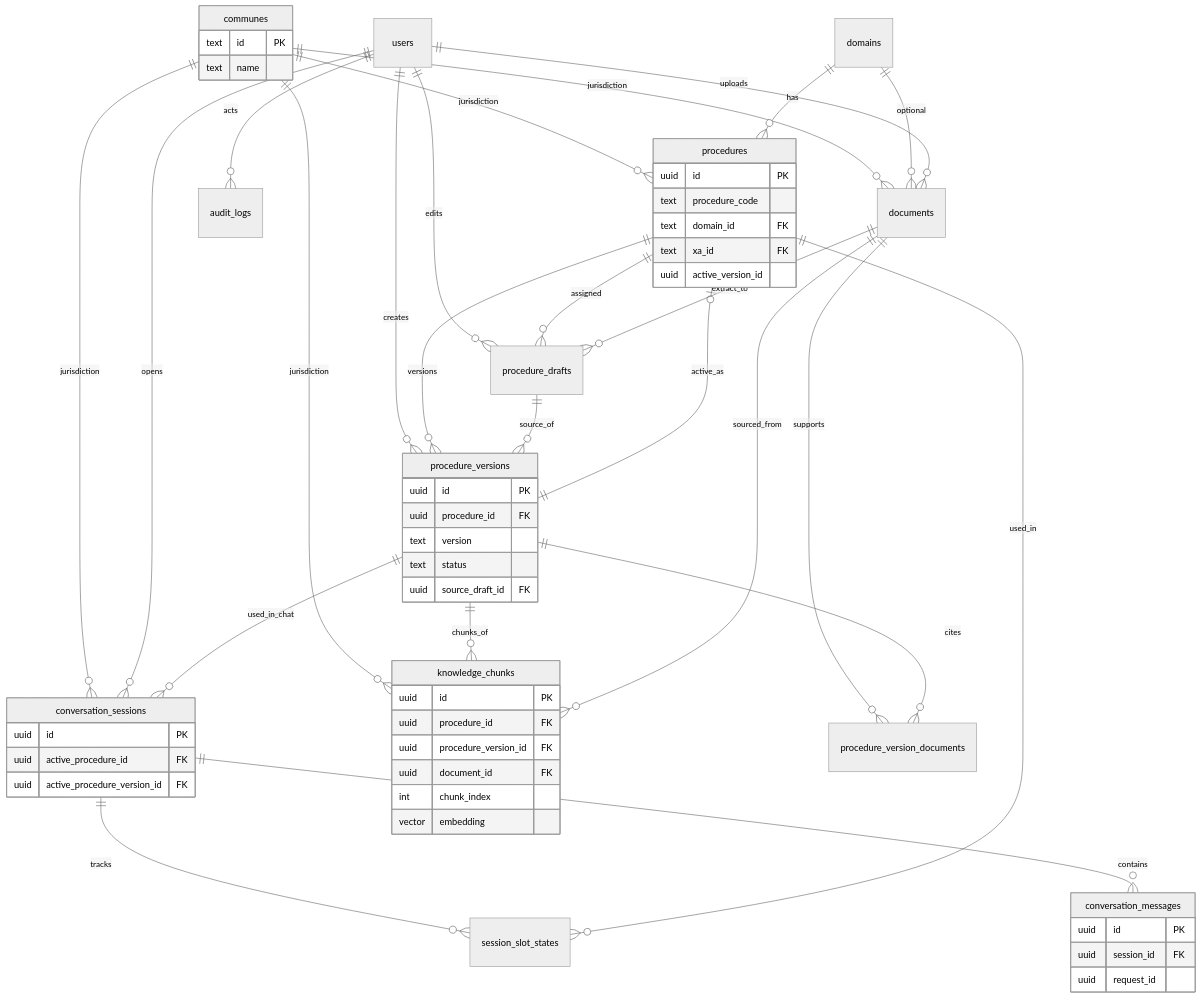
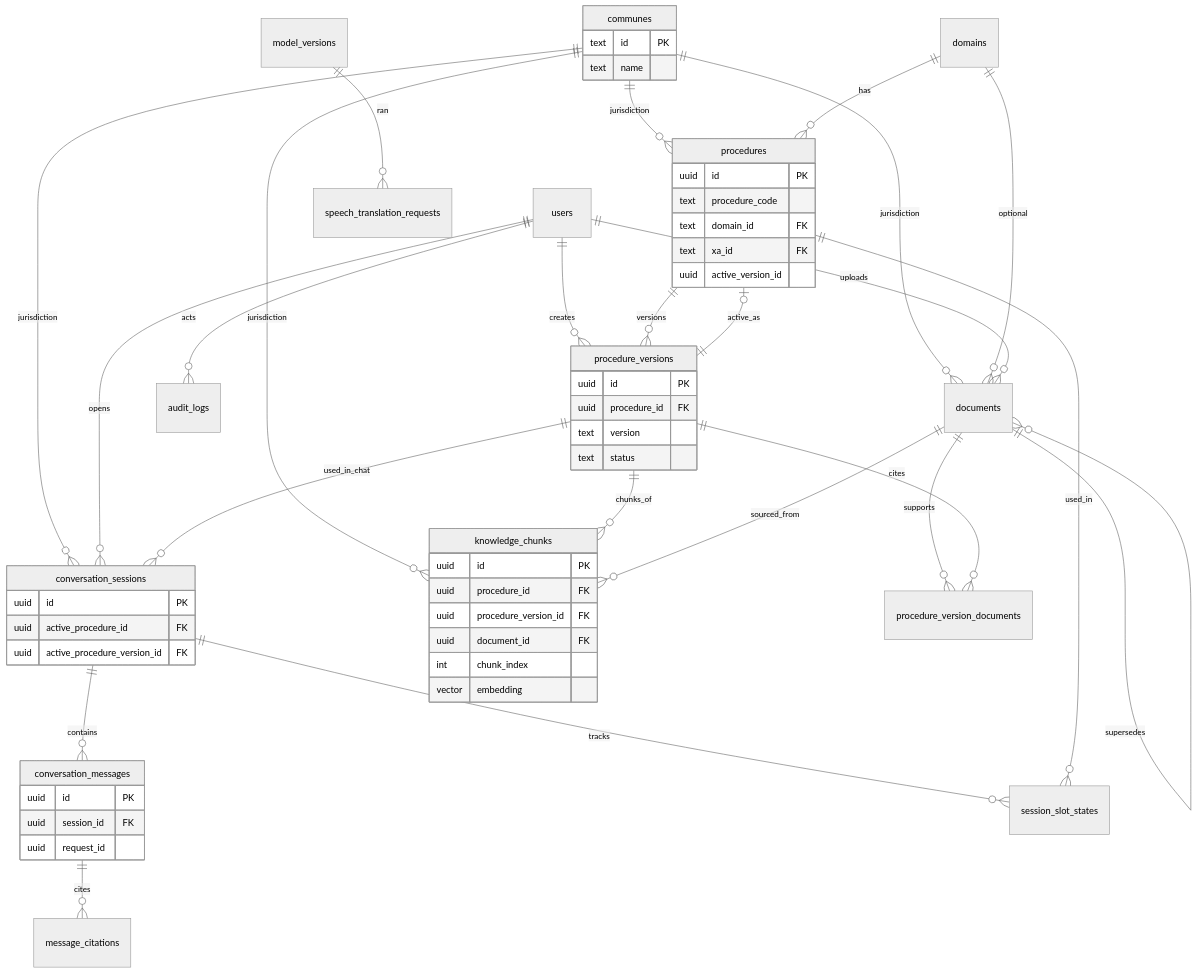
The diagram in docs/phase-0/db/data-model.md (MinhTuanDev25/citizen-assistance-system), drawn with Mermaid (neutral theme) before and after one commit. The commit also changed other lines of this file and 225 other files, not shown here.

````diff
--- a/docs/phase-0/db/data-model.md
+++ b/docs/phase-0/db/data-model.md
@@ -73,72 +95,70 @@
 ```mermaid
 erDiagram
     communes ||--o{ procedures : "jurisdiction"
     communes ||--o{ documents : "jurisdiction"
     communes ||--o{ conversation_sessions : "jurisdiction"
     communes ||--o{ knowledge_chunks : "jurisdiction"
 
     domains ||--o{ procedures : "has"
     domains ||--o{ documents : "optional"
     users ||--o{ conversation_sessions : "opens"
     users ||--o{ documents : "uploads"
-    users ||--o{ procedure_drafts : "edits"
     users ||--o{ procedure_versions : "creates"
     users ||--o{ audit_logs : "acts"
 
     conversation_sessions ||--o{ conversation_messages : "contains"
     conversation_sessions ||--o{ session_slot_states : "tracks"
+    conversation_messages ||--o{ message_citations : "cites"
     procedures ||--o{ session_slot_states : "used_in"
     procedures ||--o{ procedure_versions : "versions"
     procedure_versions ||--o| procedures : "active_as"
     procedure_versions ||--o{ knowledge_chunks : "chunks_of"
     procedure_versions ||--o{ conversation_sessions : "used_in_chat"
-    procedures ||--o{ procedure_drafts : "assigned"
-    procedure_drafts ||--o{ procedure_versions : "source_of"
 
-    documents ||--o{ procedure_drafts : "extract_to"
     documents ||--o{ procedure_version_documents : "supports"
+    documents ||--o{ documents : "supersedes"
     procedure_versions ||--o{ procedure_version_documents : "cites"
     documents ||--o{ knowledge_chunks : "sourced_from"
+    model_versions ||--o{ speech_translation_requests : "ran"
 
     communes {
         text id PK
         text name
     }
 
     procedures {
         uuid id PK
         text procedure_code
         text domain_id FK
         text xa_id FK
         uuid active_version_id
     }
 
     procedure_versions {
         uuid id PK
         uuid procedure_id FK
         text version
         text status
-        uuid source_draft_id FK
     }
 
     knowledge_chunks {
         uuid id PK
         uuid procedure_id FK
         uuid procedure_version_id FK
         uuid document_id FK
         int chunk_index
         vector embedding
     }
 
     conversation_sessions {
         uuid id PK
         uuid active_procedure_id FK
         uuid active_procedure_version_id FK
     }
 
     conversation_messages {
         uuid id PK
         uuid session_id FK
         uuid request_id
     }
 ```
````
